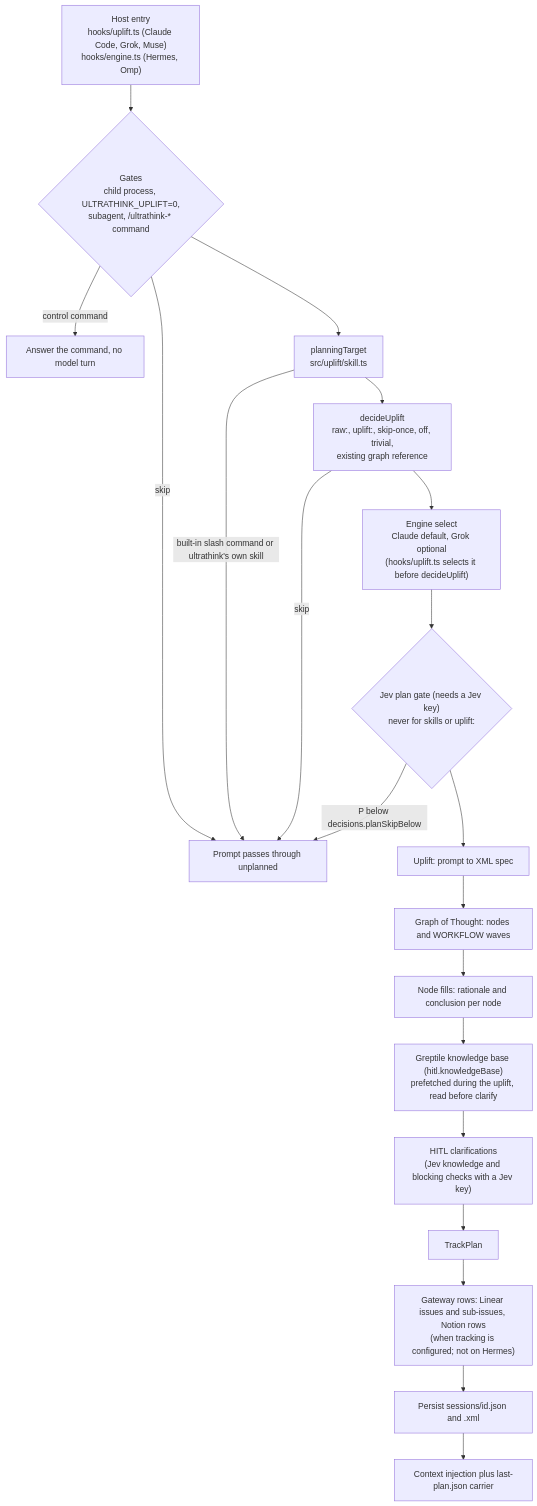
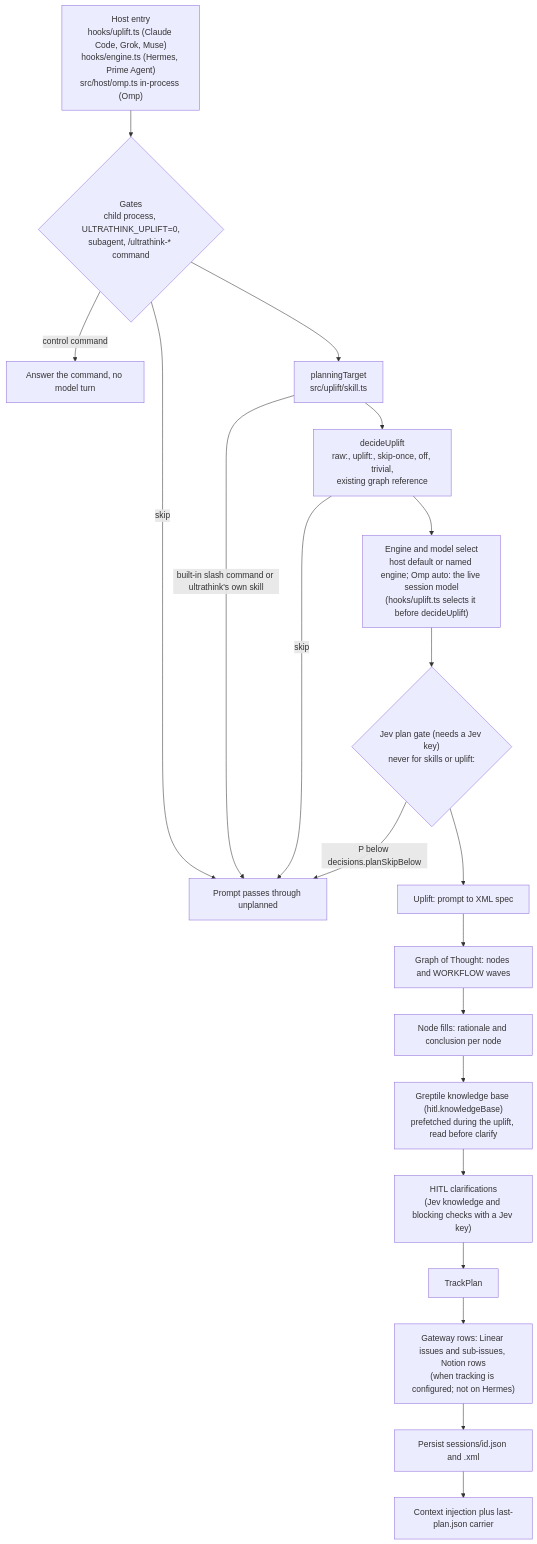
Before and after one commit to swcstudiospace/claude-ultrathink: the second of 9 diagrams in docs/architecture.md, drawn with Mermaid. The commit also changed other lines of this file and 20 other files, not shown here.

Commit message:
release(1.4.0): session-native reasoning, cross-agent discovery, and updated documentation

````diff
--- a/docs/architecture.md
+++ b/docs/architecture.md
@@ -104,22 +105,22 @@
 ```mermaid
 flowchart TD
-    A["Host entry<br/>hooks/uplift.ts (Claude Code, Grok, Muse)<br/>hooks/engine.ts (Hermes, Omp)"] --> B{"Gates<br/>child process, ULTRATHINK_UPLIFT=0,<br/>subagent, /ultrathink-* command"}
+    A["Host entry<br/>hooks/uplift.ts (Claude Code, Grok, Muse)<br/>hooks/engine.ts (Hermes, Prime Agent)<br/>src/host/omp.ts in-process (Omp)"] --> B{"Gates<br/>child process, ULTRATHINK_UPLIFT=0,<br/>subagent, /ultrathink-* command"}
     B -- "control command" --> R["Answer the command, no model turn"]
     B -- "skip" --> Z["Prompt passes through unplanned"]
     B --> C["planningTarget<br/>src/uplift/skill.ts"]
     C -- "built-in slash command or ultrathink's own skill" --> Z
     C --> D["decideUplift<br/>raw:, uplift:, skip-once, off, trivial,<br/>existing graph reference"]
     D -- "skip" --> Z
-    D --> E["Engine select<br/>Claude default, Grok optional<br/>(hooks/uplift.ts selects it before decideUplift)"]
+    D --> E["Engine and model select<br/>host default or named engine; Omp auto: the live session model<br/>(hooks/uplift.ts selects it before decideUplift)"]
     E --> JG{"Jev plan gate (needs a Jev key)<br/>never for skills or uplift:"}
     JG -- "P below decisions.planSkipBelow" --> Z
     JG --> F["Uplift: prompt to XML spec"]
     F --> G["Graph of Thought: nodes and WORKFLOW waves"]
     G --> H["Node fills: rationale and conclusion per node"]
     H --> KB["Greptile knowledge base (hitl.knowledgeBase)<br/>prefetched during the uplift, read before clarify"]
     KB --> I["HITL clarifications<br/>(Jev knowledge and blocking checks with a Jev key)"]
     I --> J["TrackPlan"]
     J --> K["Gateway rows: Linear issues and sub-issues, Notion rows<br/>(when tracking is configured; not on Hermes)"]
     K --> L["Persist sessions/id.json and .xml"]
     L --> M["Context injection plus last-plan.json carrier"]
 ```
````
